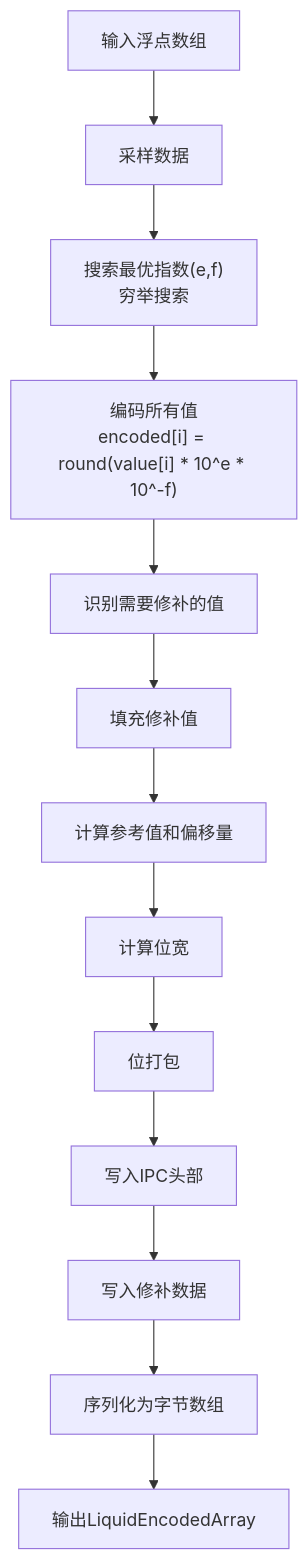
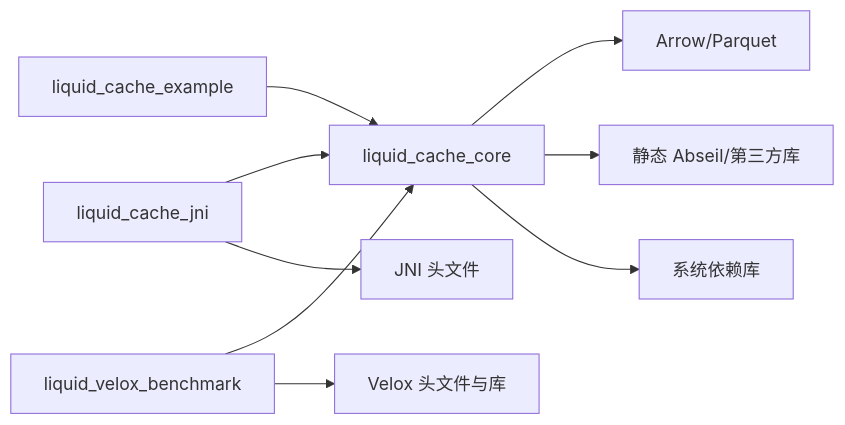
One commit to tenglei/liquidCacheVelox changed the seventh of 7 diagrams in .qoder/repowiki/zh/content/快速开始.md. Above: the diagram before and after it, drawn with Mermaid. The commit also changed other lines of this file and 324 other files, not shown here.

First line of the commit message:
feat: Velox integration - liquid_velox_benchmark, liquid_to_velox, tests, and build artifacts

````diff
--- a/.qoder/repowiki/zh/content/快速开始.md
+++ b/.qoder/repowiki/zh/content/快速开始.md
@@ -366,15 +343,11 @@
 ```mermaid
-flowchart TD
-Input[输入浮点数组] --> Sample["采样数据"]
-Sample --> Exponents["搜索最优指数(e,f)<br/>穷举搜索"]
-Exponents --> Encode["编码所有值<br/>encoded[i] = round(value[i] * 10^e * 10^-f)"]
-Encode --> Patches["识别需要修补的值"]
-Patches --> FillPatch["填充修补值"]
-FillPatch --> RefOffset["计算参考值和偏移量"]
-RefOffset --> BitWidth["计算位宽"]
-BitWidth --> BitPack["位打包"]
-BitPack --> Header["写入IPC头部"]
-Header --> PatchesData["写入修补数据"]
-PatchesData --> Bytes["序列化为字节数组"]
-Bytes --> Output[输出LiquidEncodedArray]
+graph LR
+A["liquid_cache_core"] --> B["Arrow/Parquet"]
+A --> C["静态 Abseil/第三方库"]
+A --> D["系统依赖库"]
+E["liquid_cache_jni"] --> A
+E --> F["JNI 头文件"]
+G["liquid_cache_example"] --> A
+H["liquid_velox_benchmark"] --> A
+H --> I["Velox 头文件与库"]
 ```
````
